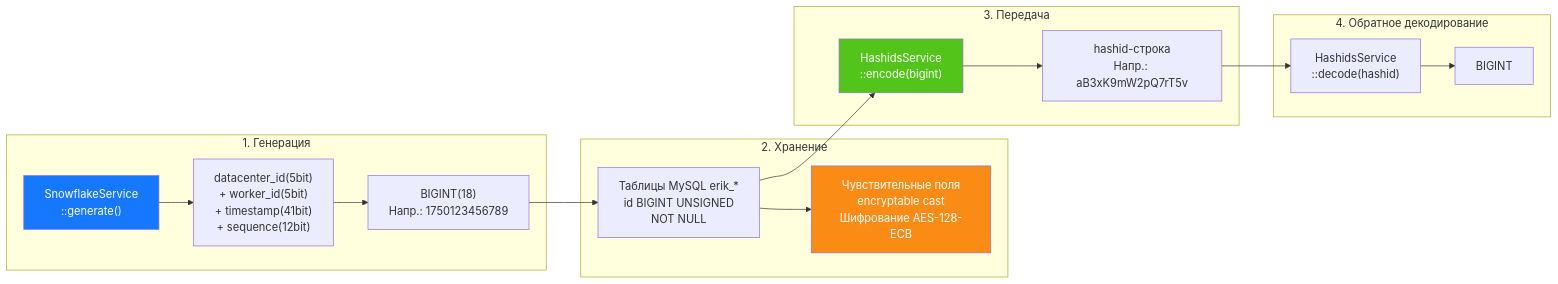
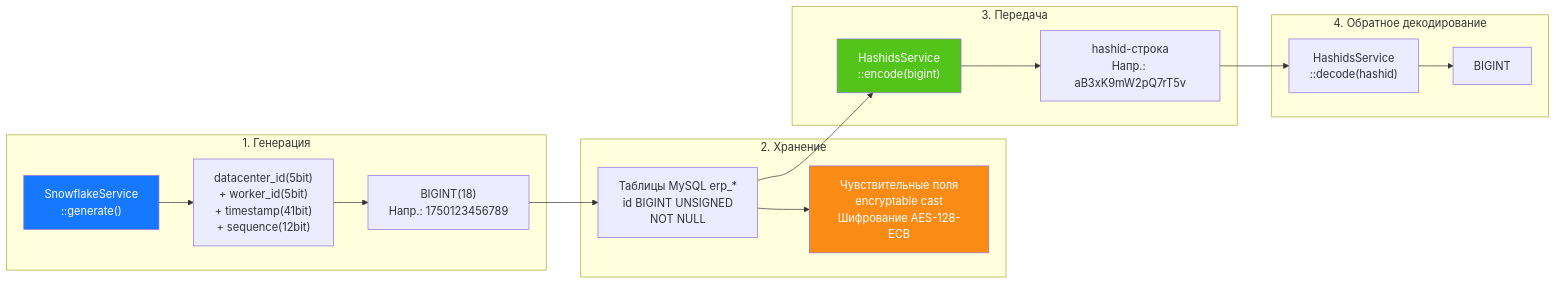
The seventh of 20 diagrams in docs/i18n/ru/ARCHITECTURE.md (erikwang2013/erp-php), drawn with Mermaid before and after one commit. The commit also changed other lines of this file and 449 other files, not shown here.

First line of the commit message:
全局命名统一：数据库 erp、表前缀 erp_、Redis 前缀 erp:（原 erik_/open_admin）

````diff
--- a/docs/i18n/ru/ARCHITECTURE.md
+++ b/docs/i18n/ru/ARCHITECTURE.md
@@ -373,33 +373,33 @@
 ```mermaid
 flowchart LR
     subgraph "1. Генерация"
         G1["SnowflakeService<br/>::generate()"]
         G2["datacenter_id(5bit)<br/>+ worker_id(5bit)<br/>+ timestamp(41bit)<br/>+ sequence(12bit)"]
         G3["BIGINT(18)<br/>Напр.: 1750123456789"]
         G1 --> G2 --> G3
     end
 
     subgraph "2. Хранение"
-        S1["Таблицы MySQL erik_*<br/>id BIGINT UNSIGNED<br/>NOT NULL"]
+        S1["Таблицы MySQL erp_*<br/>id BIGINT UNSIGNED<br/>NOT NULL"]
         S2["Чувствительные поля<br/>encryptable cast<br/>Шифрование AES-128-ECB"]
         G3 --> S1
         S1 --> S2
     end
 
     subgraph "3. Передача"
         T1["HashidsService<br/>::encode(bigint)"]
         T2["hashid-строка<br/>Напр.: aB3xK9mW2pQ7rT5v"]
         S1 --> T1
         T1 --> T2
     end
 
     subgraph "4. Обратное декодирование"
         R1["HashidsService<br/>::decode(hashid)"]
         R2["BIGINT"]
         T2 --> R1 --> R2
     end
 
     style G1 fill:#1677FF,color:#fff
     style T1 fill:#52C41A,color:#fff
     style S2 fill:#FA8C16,color:#fff
 ```
````
